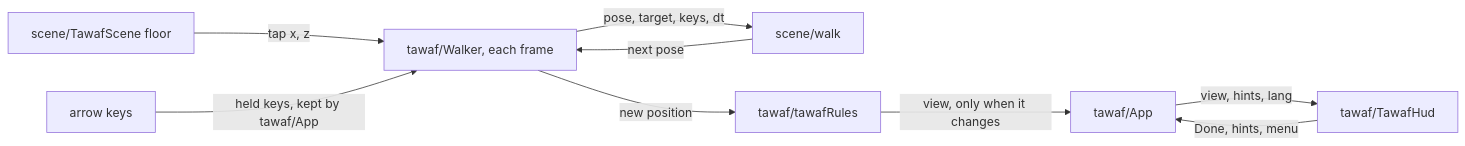
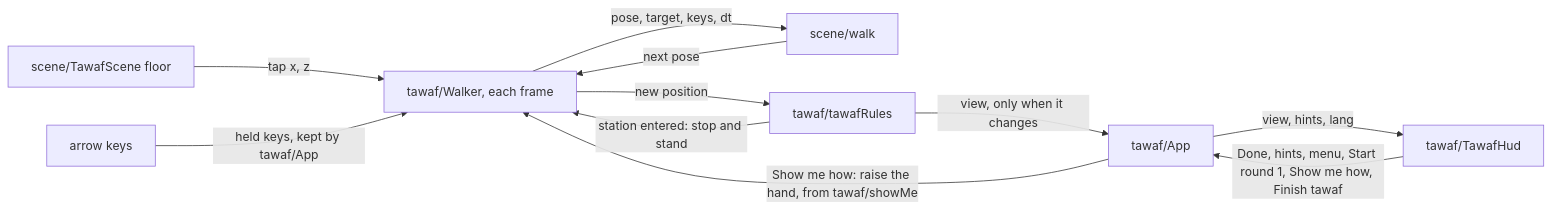
The third of 4 diagrams in docs/ARCHITECTURE.md (dzaffren/VirtualHajj), drawn with Mermaid before and after one commit. The commit also changed other lines of this file and 34 other files, not shown here.

````diff
--- a/docs/ARCHITECTURE.md
+++ b/docs/ARCHITECTURE.md
@@ -42,11 +42,13 @@
 ```mermaid
 flowchart LR
     TS[scene/TawafScene floor] -->|tap x, z| W["tawaf/Walker, each frame"]
     K[arrow keys] -->|held keys, kept by tawaf/App| W
     W -->|"pose, target, keys, dt"| WK[scene/walk]
     WK -->|next pose| W
     W -->|new position| R[tawaf/tawafRules]
+    R -->|"station entered: stop and stand"| W
     R -->|view, only when it changes| TH[tawaf/App]
     TH -->|view, hints, lang| HUD[tawaf/TawafHud]
-    HUD -->|Done, hints, menu| TH
+    HUD -->|"Done, hints, menu, Start round 1, Show me how, Finish tawaf"| TH
+    TH -->|"Show me how: raise the hand, from tawaf/showMe"| W
 ```
````
